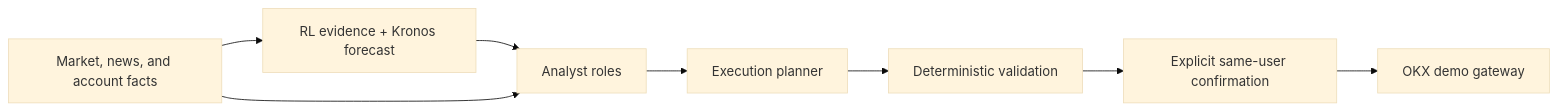
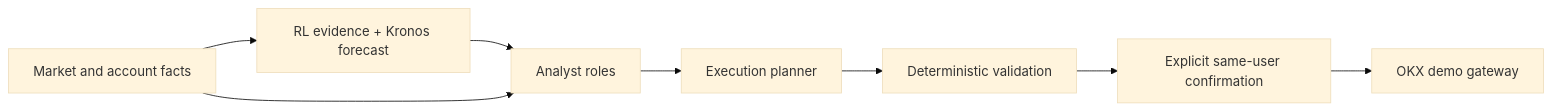
Before and after one commit to huytdqhe180383/Trading-bot: the diagram in docs/architecture/agent_prompt_briefs.md, drawn with Mermaid (base theme). The commit also changed other lines of this file and 9 other files, not shown here.

````diff
--- a/docs/architecture/agent_prompt_briefs.md
+++ b/docs/architecture/agent_prompt_briefs.md
@@ -10,10 +10,10 @@
 ```mermaid
 flowchart LR
-  data["Market, news, and account facts"] --> evidence["RL evidence + Kronos forecast"]
+  data["Market and account facts"] --> evidence["RL evidence + Kronos forecast"]
   evidence --> research["Analyst roles"]
   data --> research
   research --> plan["Execution planner"]
   plan --> controls["Deterministic validation"]
   controls --> confirm["Explicit same-user confirmation"]
   confirm --> gateway["OKX demo gateway"]
 ```
````
